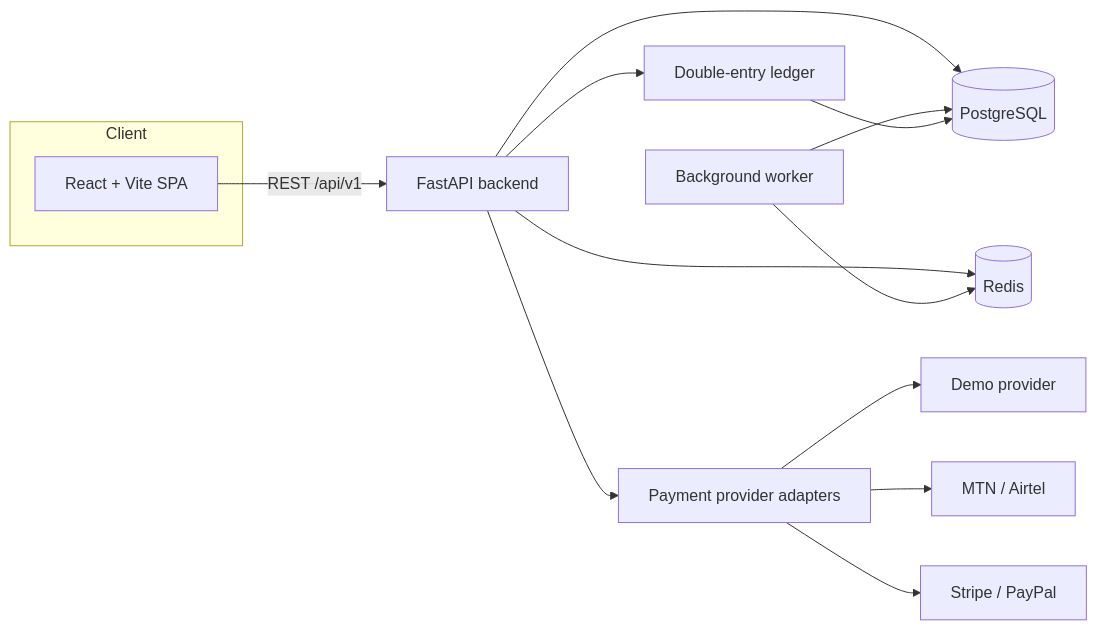
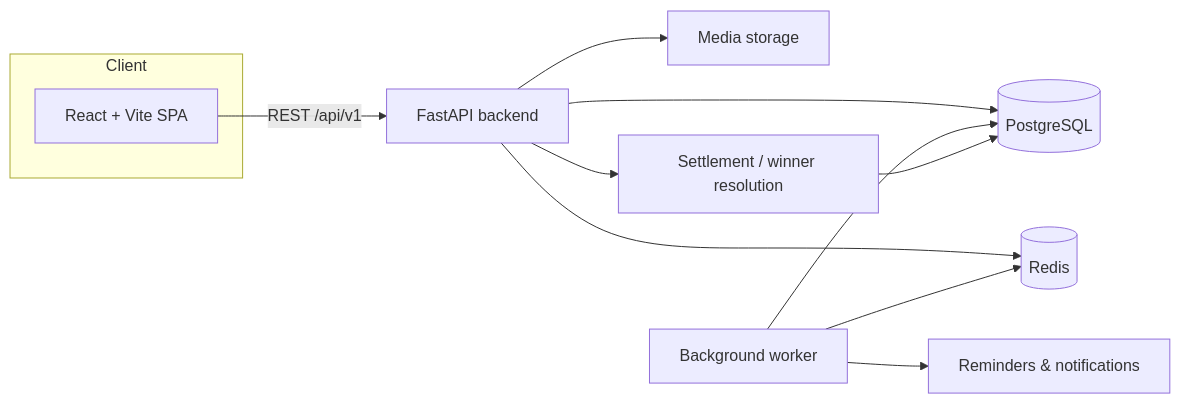
One commit to AmbroseTech/Debate-Settler changed the diagram in README.md. Above: the diagram before and after it, drawn with Mermaid. The commit also changed other lines of this file and 44 other files, not shown here.

````diff
--- a/README.md
+++ b/README.md
@@ -55,17 +56,15 @@
 ```mermaid
 flowchart LR
   subgraph Client
     UI[React + Vite SPA]
   end
   UI -->|REST /api/v1| API[FastAPI backend]
   API --> PG[(PostgreSQL)]
   API --> RD[(Redis)]
+  API --> MD[Media storage]
   WK[Background worker] --> PG
   WK --> RD
-  API --> PAY[Payment provider adapters]
-  PAY --> DEMO[Demo provider]
-  PAY --> MM[MTN / Airtel]
-  PAY --> CARD[Stripe / PayPal]
-  API --> LED[Double-entry ledger]
-  LED --> PG
+  WK --> NTF[Reminders & notifications]
+  API --> STL[Settlement / winner resolution]
+  STL --> PG
 ```
````
